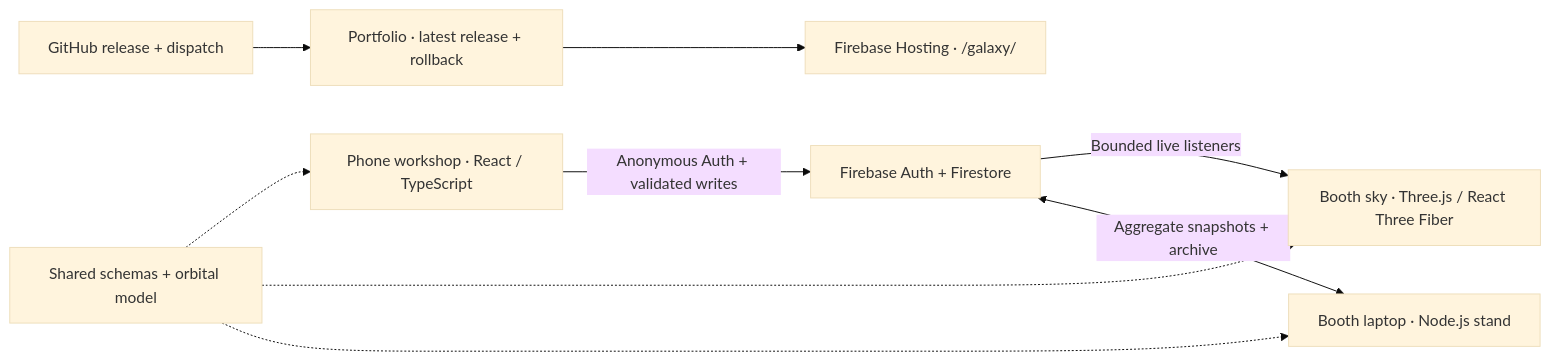
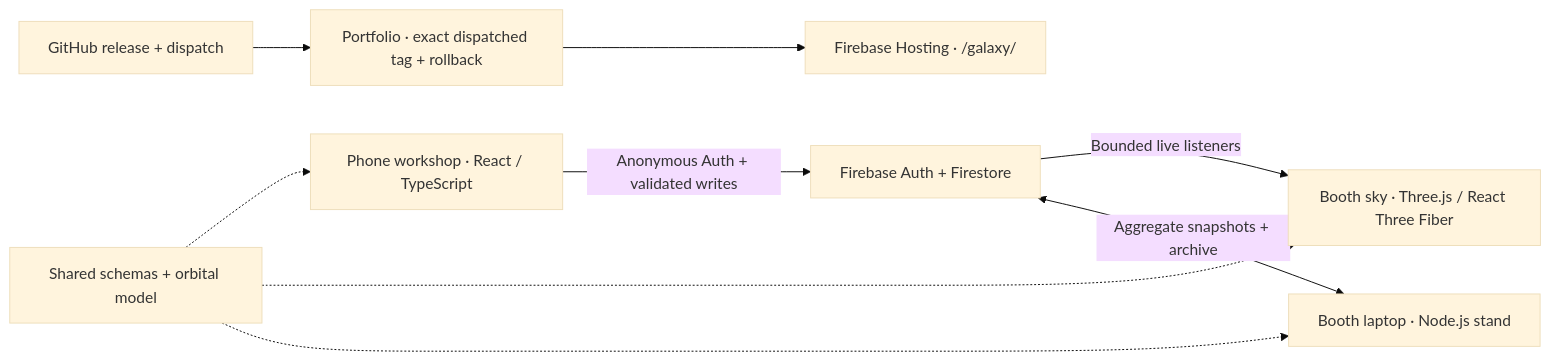
Before and after one commit to alexanderkholodov1/little-galaxy: the diagram in README.md, drawn with Mermaid (base theme). The commit also changed other lines of this file and 12 other files, not shown here.

Commit message:
1.0.0-alpha.1.6 Publish alpha pre-releases and dispatch their exact tags to portfolio

````diff
--- a/README.md
+++ b/README.md
@@ -28,11 +28,11 @@
 ```mermaid
 flowchart LR
   Phone["Phone workshop · React / TypeScript"] -->|"Anonymous Auth + validated writes"| Data["Firebase Auth + Firestore"]
   Data -->|"Bounded live listeners"| Screen["Booth sky · Three.js / React Three Fiber"]
   Data <-->|"Aggregate snapshots + archive"| Stand["Booth laptop · Node.js stand"]
   Shared["Shared schemas + orbital model"] -.-> Phone
   Shared -.-> Screen
   Shared -.-> Stand
-  Release["GitHub release + dispatch"] --> Portfolio["Portfolio · latest release + rollback"]
+  Release["GitHub release + dispatch"] --> Portfolio["Portfolio · exact dispatched tag + rollback"]
   Portfolio --> Hosting["Firebase Hosting · /galaxy/"]
 ```
````
